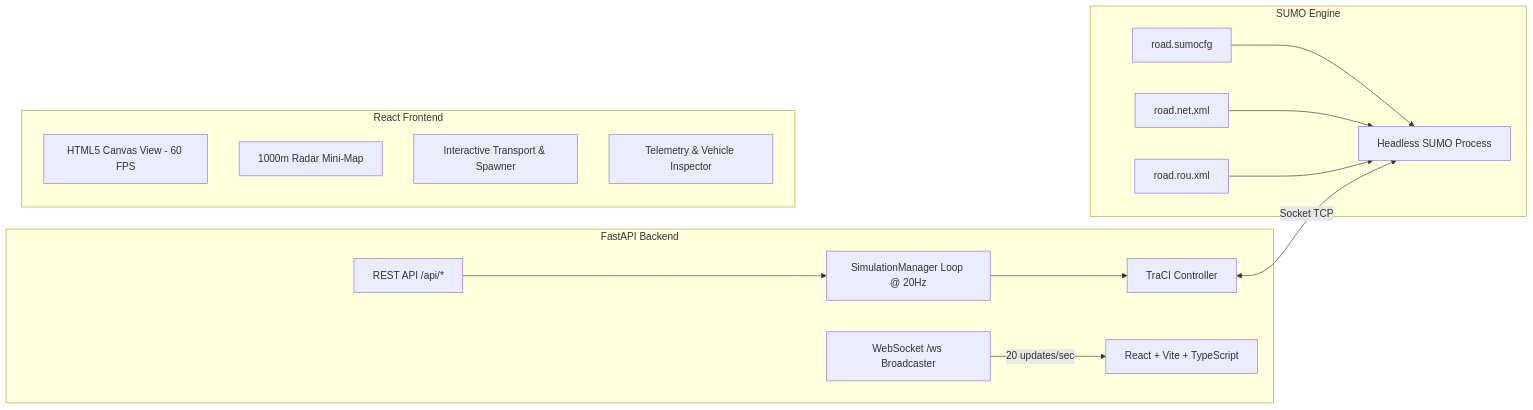
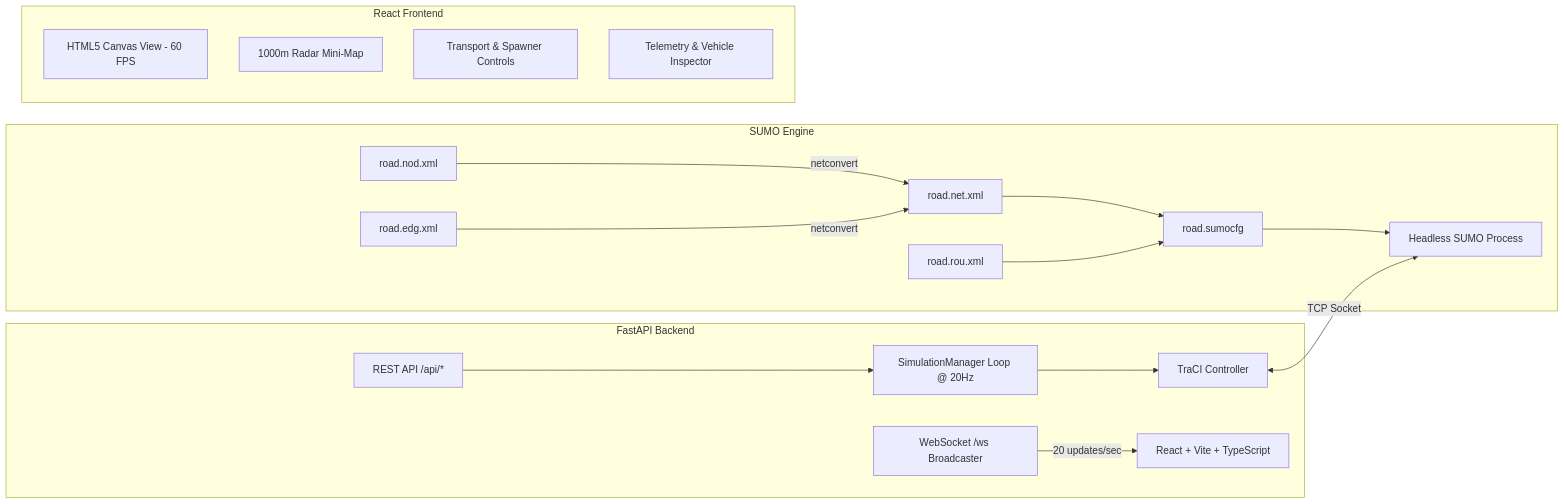
One commit to vkivaturi/traffis changed the diagram in README.md. Above: the diagram before and after it, drawn with Mermaid. The commit also changed other lines of this file, not shown here.

````diff
--- a/README.md
+++ b/README.md
@@ -15,23 +16,23 @@
 ```mermaid
 graph LR
     subgraph SUMO Engine
-        SC[road.sumocfg] --> SB[Headless SUMO Process]
-        NET[road.net.xml] --> SB
-        ROU[road.rou.xml] --> SB
+        NOD[road.nod.xml] & EDG[road.edg.xml] -->|netconvert| NET[road.net.xml]
+        NET & ROU[road.rou.xml] --> SC[road.sumocfg]
+        SC --> SB[Headless SUMO Process]
     end
 
     subgraph FastAPI Backend
-        TC[TraCI Controller] <-->|Socket TCP| SB
+        TC[TraCI Controller] <-->|TCP Socket| SB
         SM[SimulationManager Loop @ 20Hz] --> TC
         WS[WebSocket /ws Broadcaster] -->|20 updates/sec| FE
         REST[REST API /api/*] --> SM
     end
 
     subgraph React Frontend
         FE[React + Vite + TypeScript]
         CV[HTML5 Canvas View - 60 FPS]
         MM[1000m Radar Mini-Map]
-        CTRL[Interactive Transport & Spawner]
+        CTRL[Transport & Spawner Controls]
         HUD[Telemetry & Vehicle Inspector]
     end
 ```
````
